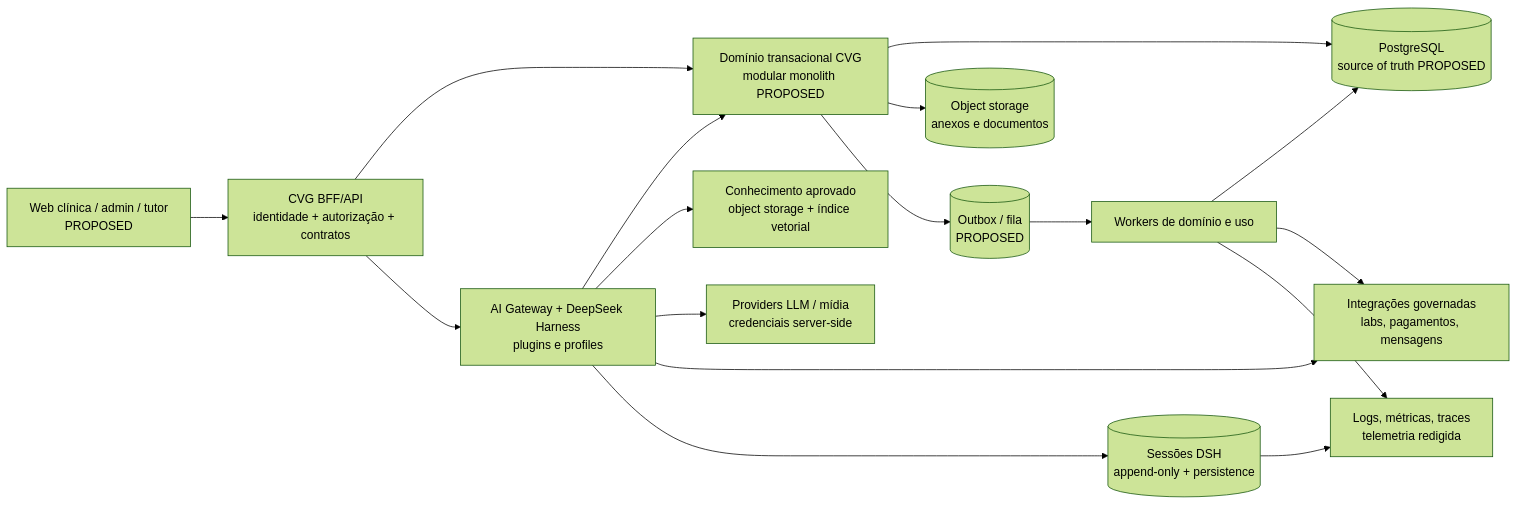
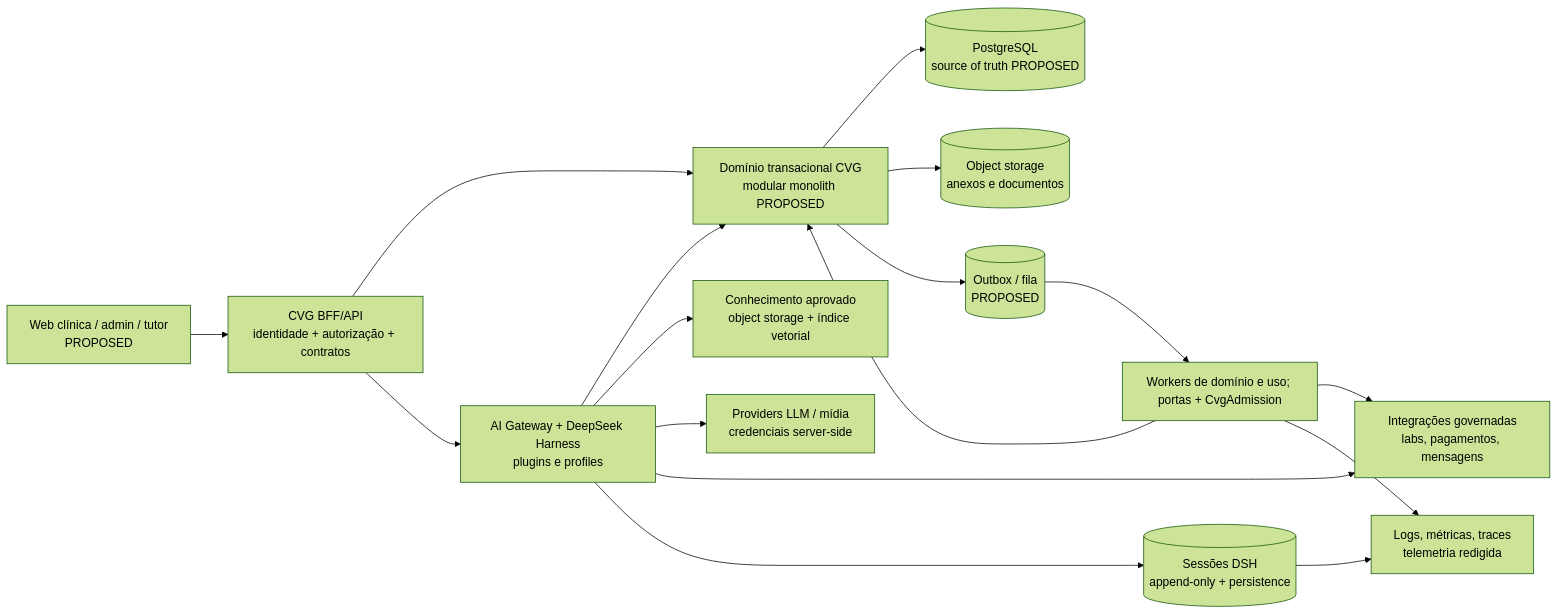
One commit to ricardoakinaga-dev/cvg-corp changed the first of 2 diagrams in docs/02-arquitetura-alvo.md. Above: the diagram before and after it, drawn with Mermaid (forest theme). The commit also changed other lines of this file and 87 other files, not shown here.

````diff
--- a/docs/02-arquitetura-alvo.md
+++ b/docs/02-arquitetura-alvo.md
@@ -21,19 +23,19 @@
 ```mermaid
 flowchart LR
     U[Web clínica / admin / tutor\nPROPOSED] --> BFF[CVG BFF/API\nidentidade + autorização + contratos]
     BFF --> DOM[Domínio transacional CVG\nmodular monolith PROPOSED]
     BFF --> AI[AI Gateway + DeepSeek Harness\nplugins e profiles]
     AI --> DOM
     AI --> K[Conhecimento aprovado\nobject storage + índice vetorial]
     AI --> P[Providers LLM / mídia\ncredenciais server-side]
     AI --> X[Integrações governadas\nlabs, pagamentos, mensagens]
     DOM --> PG[(PostgreSQL\nsource of truth PROPOSED)]
     DOM --> OBJ[(Object storage\nanexos e documentos)]
     DOM --> BUS[(Outbox / fila\nPROPOSED)]
-    BUS --> W[Workers de domínio e uso]
-    W --> PG
+    BUS --> W[Workers de domínio e uso; portas + CvgAdmission]
+    W --> DOM
     W --> X
     W --> OBS[Logs, métricas, traces\ntelemetria redigida]
     AI --> S[(Sessões DSH\nappend-only + persistence)]
     S --> OBS
 ```
````
